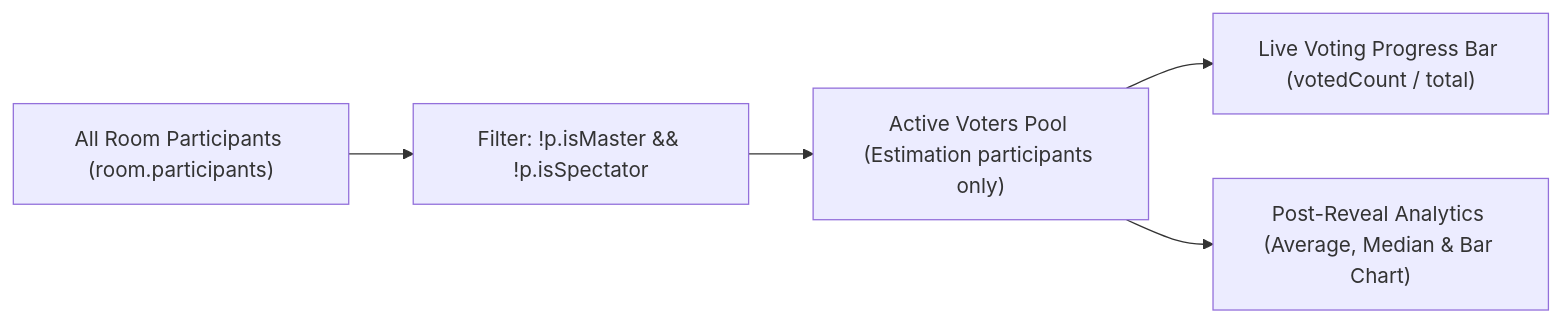
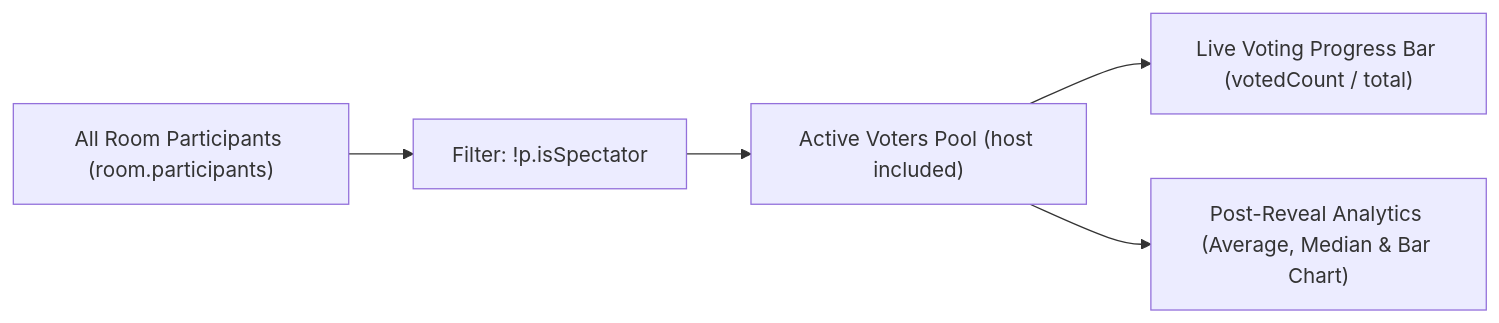
One commit to Stuxles/scrum-tools changed the diagram in docs/wiki/roles.md. Above: the diagram before and after it, drawn with Mermaid. The commit also changed other lines of this file and 13 other files, not shown here.

````diff
--- a/docs/wiki/roles.md
+++ b/docs/wiki/roles.md
@@ -28,9 +62,9 @@
 ```mermaid
 flowchart LR
-    AllParticipants["All Room Participants (room.participants)"] --> FilterVoters["Filter: !p.isMaster && !p.isSpectator"]
-    
-    FilterVoters --> VotersPool["Active Voters Pool (Estimation participants only)"]
-    
+    AllParticipants["All Room Participants (room.participants)"] --> FilterVoters["Filter: !p.isSpectator"]
+
+    FilterVoters --> VotersPool["Active Voters Pool (host included)"]
+
     VotersPool --> CalcProgress["Live Voting Progress Bar (votedCount / total)"]
     VotersPool --> CalcStats["Post-Reveal Analytics (Average, Median & Bar Chart)"]
 ```
````
